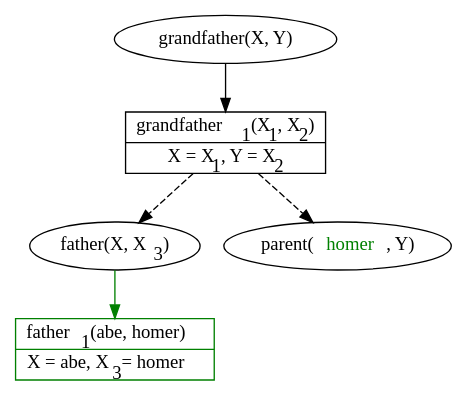
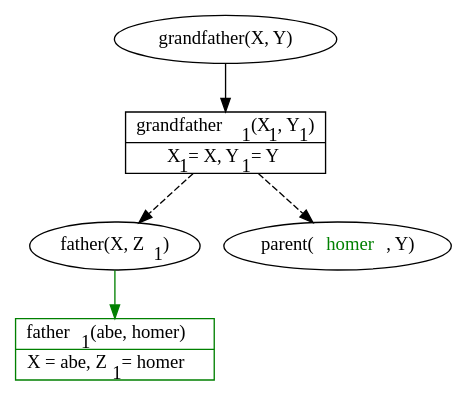
The diagram in Documentation/Pflichtenheft/image/visualisation/04_subgoal_father_success.gv (pbrinkmeier/viper), drawn with Graphviz before and after one commit. The commit also changed 10 other files, not shown here.

```diff
--- a/Documentation/Pflichtenheft/image/visualisation/04_subgoal_father_success.gv
+++ b/Documentation/Pflichtenheft/image/visualisation/04_subgoal_father_success.gv
@@ -1,30 +1,30 @@
 digraph VIPER_visualization_root {
     node [fontname = "Fira Mono"];
 
     root [label = "grandfather(X, Y)"];
     root_success [
         // enables having multiple boxes inside a node
         shape = record,
         // using < and > instead of quotes for delimiting a label makes it possible to use (a subset of) HTML in it
         // { A | B } makes A and B be in two separate boxes stacked on top of each other
-        label = <{grandfather<sub>1</sub>(X<sub>1</sub>, X<sub>2</sub>)|X = X<sub>1</sub>, Y = X<sub>2</sub>}>
+        label = <{grandfather<sub>1</sub>(X<sub>1</sub>, Y<sub>1</sub>)|X<sub>1</sub> = X, Y<sub>1</sub> = Y}>
     ];
-    subgoal1 [label = <father(X, X<sub>3</sub>)>];
+    subgoal1 [label = <father(X, Z<sub>1</sub>)>];
     subgoal2 [label = <parent(<font color="green">homer</font>, Y)>];
     subgoal1_success [
         shape = record,
         color = green,
-        label = <{father<sub>1</sub>(abe, homer)|X = abe, X<sub>3</sub> = homer}>
+        label = <{father<sub>1</sub>(abe, homer)|X = abe, Z<sub>1</sub> = homer}>
     ];
 
     // this ensures that subgoal1 is always left of subgoal2
     // and that they are always on the same level
     // try commenting the rank = same line and see what happens
     {rank = same; subgoal1; subgoal2}
     subgoal1 -> subgoal2 [style=invis];
 
     root -> root_success;
     root_success -> subgoal1 [style=dashed];
     root_success -> subgoal2 [style=dashed];
     subgoal1 -> subgoal1_success [color = green];
 }
```
